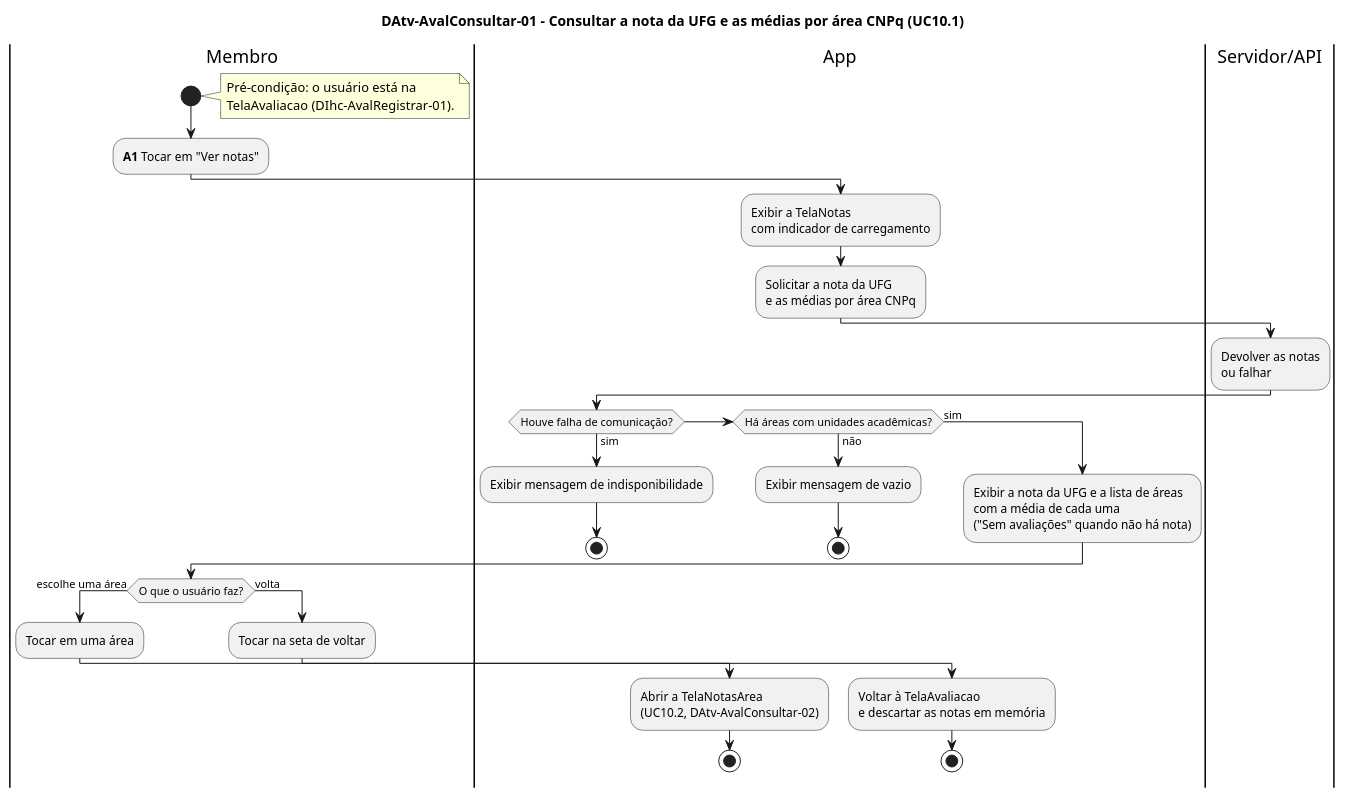
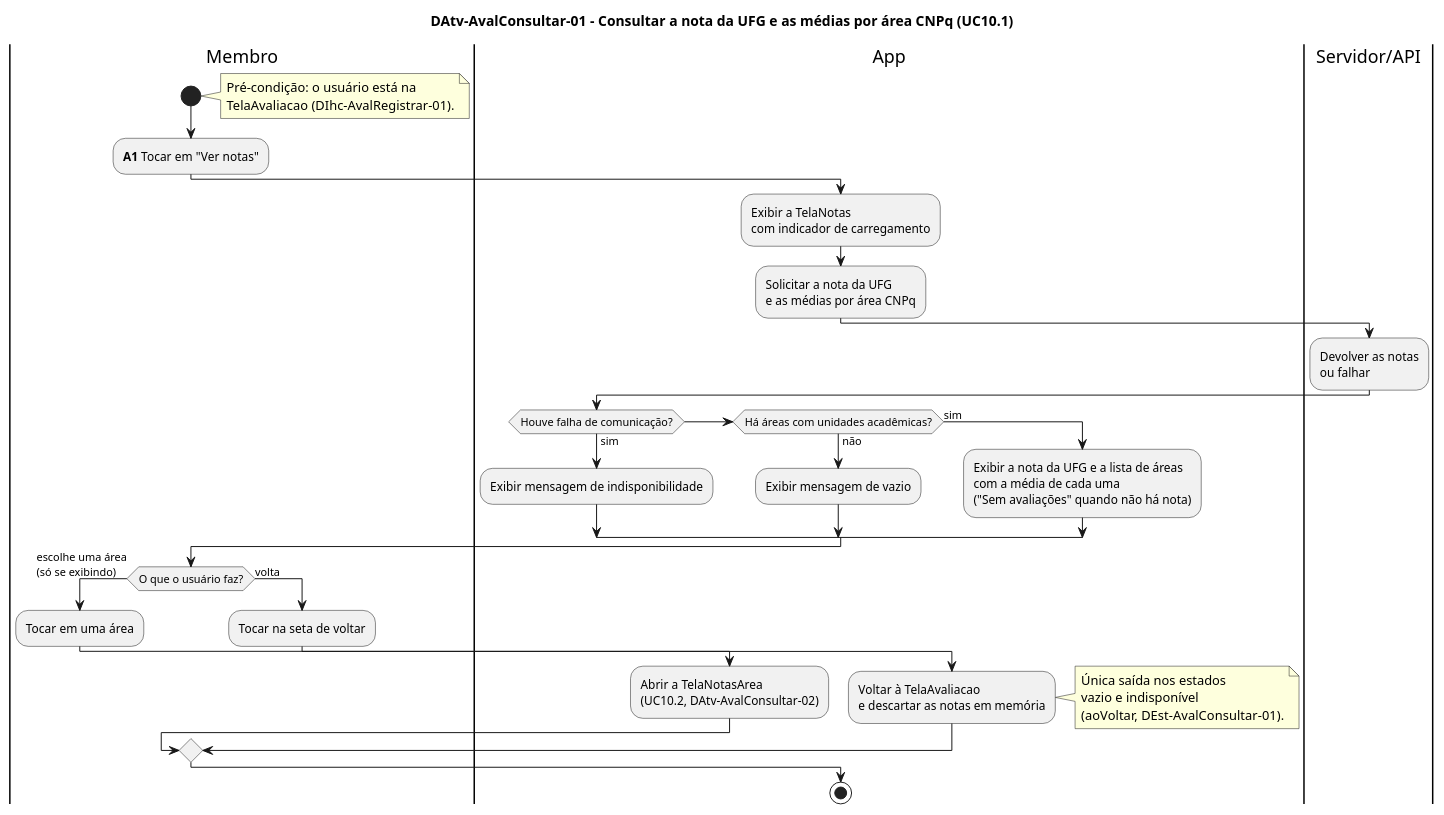
One commit to joseduardogon/Minha_UFG_Grupo_Cinza changed the diagram in AvalConsultar/DAtv-AvalConsultar-01.puml. Above: the diagram before and after it, drawn with PlantUML. The commit also changed 11 other files, not shown here.

```diff
--- a/AvalConsultar/DAtv-AvalConsultar-01.puml
+++ b/AvalConsultar/DAtv-AvalConsultar-01.puml
@@ -1,39 +1,41 @@
 @startuml DAtv-AvalConsultar-01
 title DAtv-AvalConsultar-01 – Consultar a nota da UFG e as médias por área CNPq (UC10.1)
 
 |Membro|
 start
 note right
   Pré-condição: o usuário está na
   TelaAvaliacao (DIhc-AvalRegistrar-01).
 end note
 :**A1** Tocar em "Ver notas";
 |App|
 :Exibir a TelaNotas\ncom indicador de carregamento;
 :Solicitar a nota da UFG\ne as médias por área CNPq;
 |Servidor/API|
 :Devolver as notas\nou falhar;
 |App|
 if (Houve falha de comunicação?) then (sim)
   :Exibir mensagem de indisponibilidade;
-  stop
 elseif (Há áreas com unidades acadêmicas?) then (não)
   :Exibir mensagem de vazio;
-  stop
 else (sim)
   :Exibir a nota da UFG e a lista de áreas\ncom a média de cada uma\n("Sem avaliações" quando não há nota);
 endif
 |Membro|
-if (O que o usuário faz?) then (escolhe uma área)
+if (O que o usuário faz?) then (escolhe uma área\n(só se exibindo))
   :Tocar em uma área;
   |App|
   :Abrir a TelaNotasArea\n(UC10.2, DAtv-AvalConsultar-02);
-  stop
 else (volta)
   |Membro|
   :Tocar na seta de voltar;
   |App|
   :Voltar à TelaAvaliacao\ne descartar as notas em memória;
-  stop
+  note right
+    Única saída nos estados
+    vazio e indisponível
+    (aoVoltar, DEst-AvalConsultar-01).
+  end note
 endif
+stop
 @enduml
```
